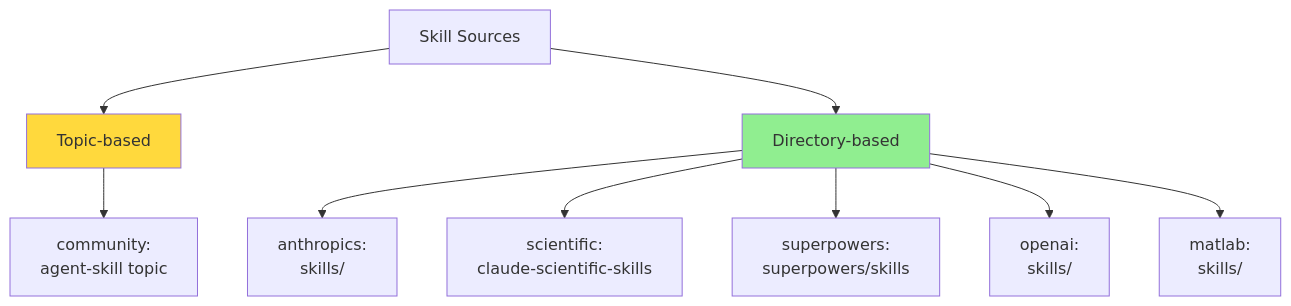
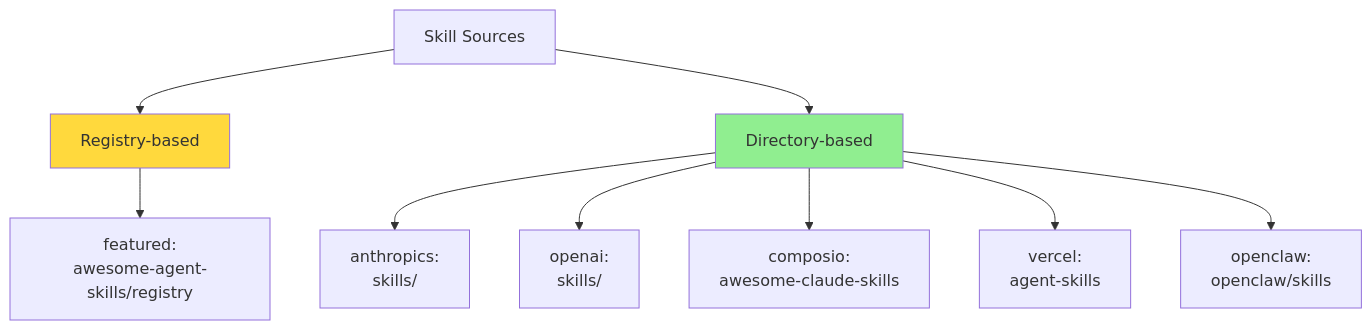
Before and after one commit to rzyns/ask: diagram 11 of 12 in docs/architecture.md, drawn with Mermaid. The commit also changed other lines of this file and 2 other files, not shown here.

Commit message:
Update spec and architecture docs

````diff
--- a/docs/architecture.md
+++ b/docs/architecture.md
@@ -369,17 +372,17 @@
 ```mermaid
 graph TB
     Sources[Skill Sources]
-    Sources --> Topic[Topic-based]
+    Sources --> Registry[Registry-based]
     Sources --> Dir[Directory-based]
     
-    Topic --> T1[community:<br/>agent-skill topic]
+    Registry --> R1[featured:<br/>awesome-agent-skills/registry]
     
     Dir --> D1[anthropics:<br/>skills/]
-    Dir --> D2[scientific:<br/>claude-scientific-skills]
-    Dir --> D3[superpowers:<br/>superpowers/skills]
-    Dir --> D4[openai:<br/>skills/]
-    Dir --> D5[matlab:<br/>skills/]
+    Dir --> D2[openai:<br/>skills/]
+    Dir --> D3[composio:<br/>awesome-claude-skills]
+    Dir --> D4[vercel:<br/>agent-skills]
+    Dir --> D5[openclaw:<br/>openclaw/skills]
     
-    style Topic fill:#ffd93d
+    style Registry fill:#ffd93d
     style Dir fill:#90ee90
 ```
````
